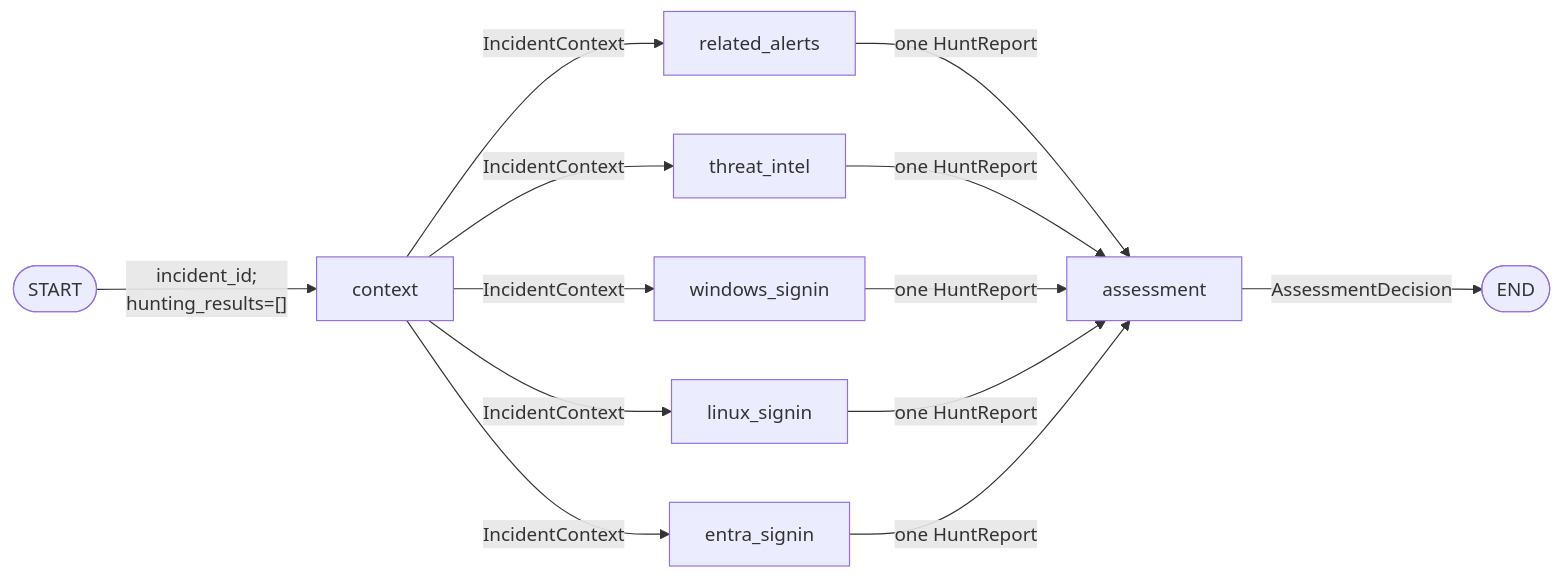
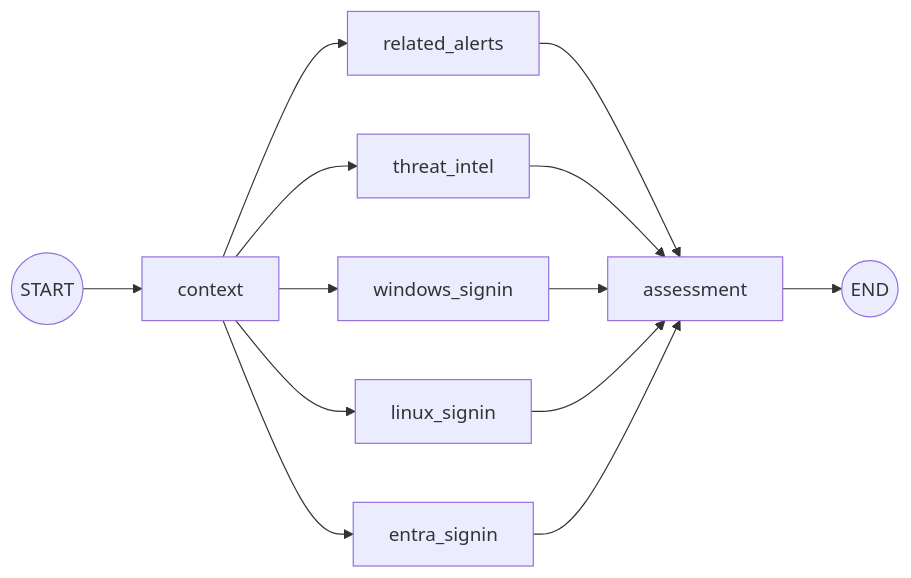
One commit to joetanx/defender changed the third of 4 diagrams in autosoc/README.md. Above: the diagram before and after it, drawn with Mermaid. The commit also changed other lines of this file and 7 other files, not shown here.

Commit message:
Update agent flow and tools

````diff
--- a/autosoc/README.md
+++ b/autosoc/README.md
@@ -70,15 +88,15 @@
 ```mermaid
 flowchart LR
-    S([START]) -->|"incident_id;<br>hunting_results=[]"| C[context]
-    C -->|IncidentContext| RA[related_alerts]
-    C -->|IncidentContext| TI[threat_intel]
-    C -->|IncidentContext| WS[windows_signin]
-    C -->|IncidentContext| LS[linux_signin]
-    C -->|IncidentContext| ES[entra_signin]
-    RA -->|one HuntReport| A[assessment]
-    TI -->|one HuntReport| A
-    WS -->|one HuntReport| A
-    LS -->|one HuntReport| A
-    ES -->|one HuntReport| A
-    A -->|AssessmentDecision| E([END])
+    START((START)) --> C[context]
+    C --> RA[related_alerts]
+    C --> TI[threat_intel]
+    C --> WS[windows_signin]
+    C --> LS[linux_signin]
+    C --> ES[entra_signin]
+    RA --> A[assessment]
+    TI --> A
+    WS --> A
+    LS --> A
+    ES --> A
+    A --> END((END))
 ```
````
